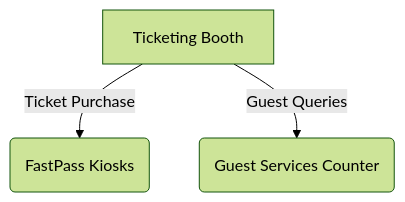
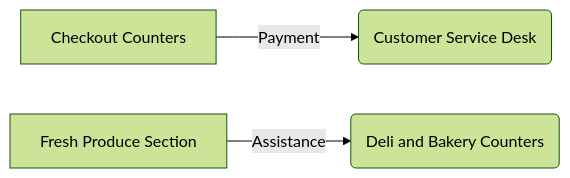
Before and after one commit to MKRadius/JavaOOP: the first of 2 diagrams in Week_4/OrientationTask/WritingTask.md, drawn with Mermaid (forest theme). The commit also changed other lines of this file, not shown here.

````diff
--- a/Week_4/OrientationTask/WritingTask.md
+++ b/Week_4/OrientationTask/WritingTask.md
@@ -55,5 +55,5 @@
 ```mermaid
-flowchart TD
-    A[Ticketing Booth] -->|Ticket Purchase| B(FastPass Kiosks)
-    A -->|Guest Queries| C(Guest Services Counter)
+flowchart LR
+    A[Checkout Counters] -->|Payment| B(Customer Service Desk)
+    C[Fresh Produce Section] -->|Assistance| D(Deli and Bakery Counters)
 ```
````
